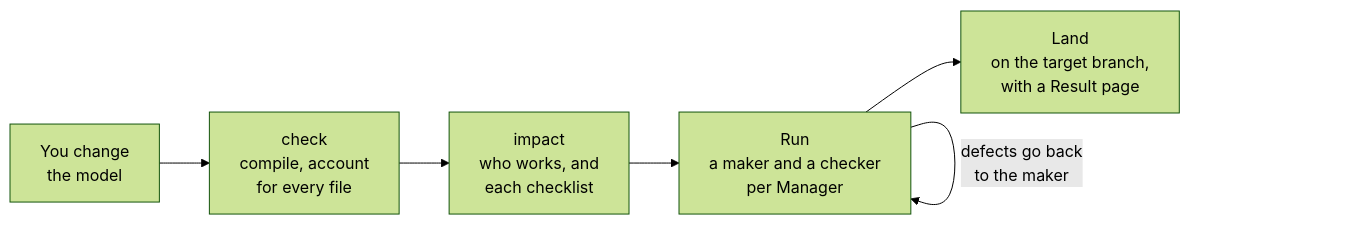
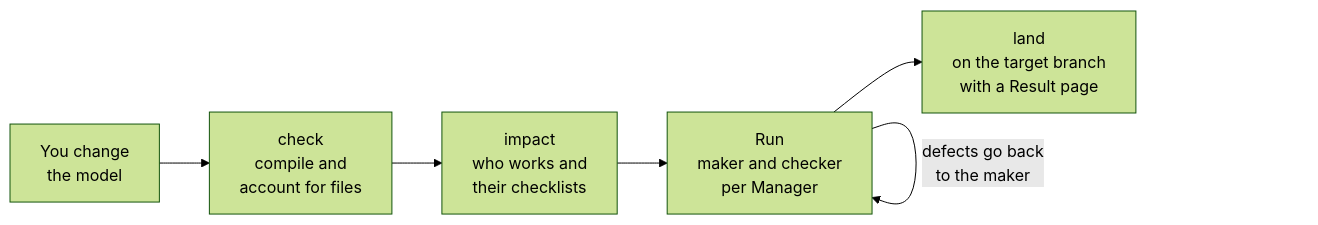
One commit to Glacius-Labs/Markitect changed the diagram in README.md. Above: the diagram before and after it, drawn with Mermaid (forest theme).

Commit message:
docs: shorter labels in the README's Run diagram

````diff
--- a/README.md
+++ b/README.md
@@ -52,8 +52,8 @@
 ```mermaid
 flowchart LR
-    Model["You change<br/>the model"] --> Check["check<br/>compile, account<br/>for every file"]
-    Check --> Impact["impact<br/>who works, and<br/>each checklist"]
-    Impact --> Run["Run<br/>a maker and a checker<br/>per Manager"]
+    Model["You change<br/>the model"] --> Check["check<br/>compile and<br/>account for files"]
+    Check --> Impact["impact<br/>who works and<br/>their checklists"]
+    Impact --> Run["Run<br/>maker and checker<br/>per Manager"]
     Run -->|"defects go back<br/>to the maker"| Run
-    Run --> Land["Land<br/>on the target branch,<br/>with a Result page"]
+    Run --> Land["land<br/>on the target branch<br/>with a Result page"]
 ```
````
